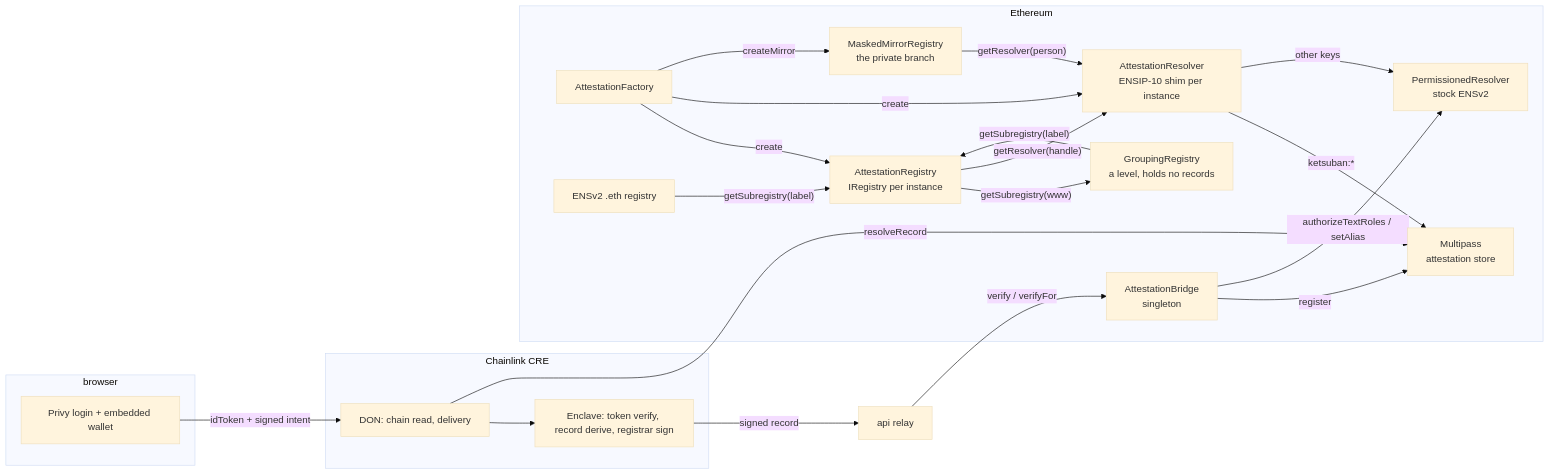
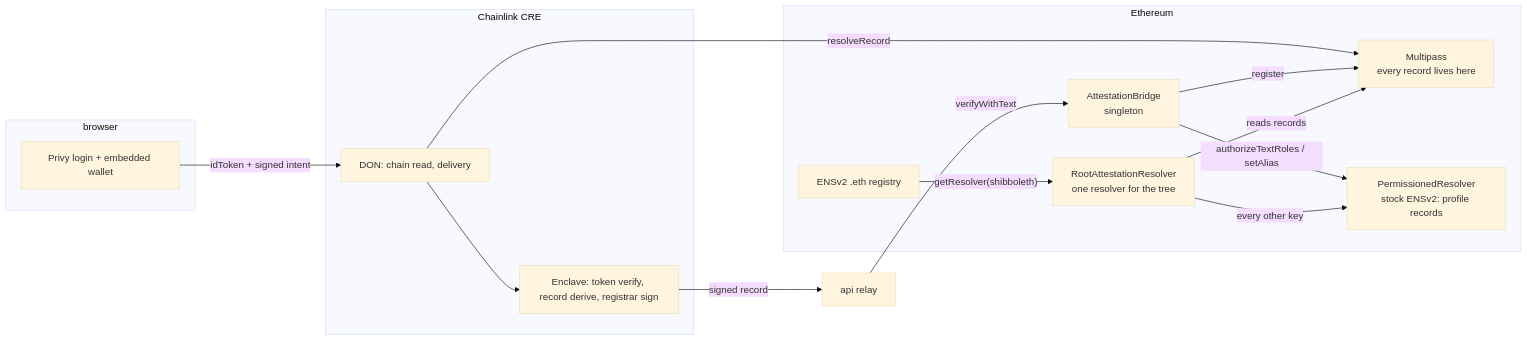
One commit to lamtrinh259/ETHGlobal_Online_2026 changed the first of 3 diagrams in docs/architecture.md. Above: the diagram before and after it, drawn with Mermaid (base theme). The commit also changed other lines of this file and 17 other files, not shown here.

````diff
--- a/docs/architecture.md
+++ b/docs/architecture.md
@@ -5,38 +8,28 @@
 ```mermaid
 flowchart LR
   subgraph browser
     P[Privy login + embedded wallet]
   end
   subgraph cre[Chainlink CRE]
     D[DON: chain read, delivery]
     T[Enclave: token verify, record derive, registrar sign]
   end
+  A[api relay]
   subgraph chain[Ethereum]
-    M[Multipass<br/>attestation store]
-    F[AttestationFactory]
-    R[AttestationRegistry<br/>IRegistry per instance]
-    G[GroupingRegistry<br/>a level, holds no records]
-    K[MaskedMirrorRegistry<br/>the private branch]
-    S[AttestationResolver<br/>ENSIP-10 shim per instance]
+    M[Multipass<br/>every record lives here]
     B[AttestationBridge<br/>singleton]
-    I[PermissionedResolver<br/>stock ENSv2]
+    W[RootAttestationResolver<br/>one resolver for the tree]
+    I[PermissionedResolver<br/>stock ENSv2: profile records]
     E[ENSv2 .eth registry]
   end
-  A[api relay]
   P -- idToken + signed intent --> D
   D --> T
   D -- resolveRecord --> M
   T -- signed record --> A
-  A -- verify / verifyFor --> B
+  A -- verifyWithText --> B
   B -- register --> M
   B -- authorizeTextRoles / setAlias --> I
-  F -- create --> R & S
-  F -- createMirror --> K
-  E -- getSubregistry(label) --> R
-  R -- getSubregistry(www) --> G
-  G -- getSubregistry(label) --> R
-  R -- getResolver(handle) --> S
-  K -- getResolver(person) --> S
-  S -- ketsuban:* --> M
-  S -- other keys --> I
+  E -- getResolver(shibboleth) --> W
+  W -- reads records --> M
+  W -- every other key --> I
 ```
````
